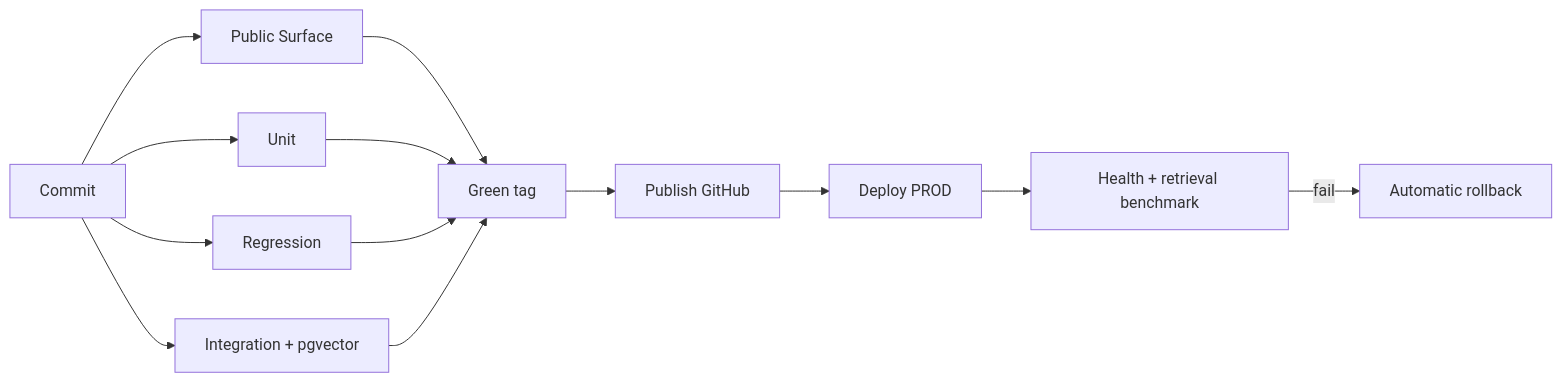
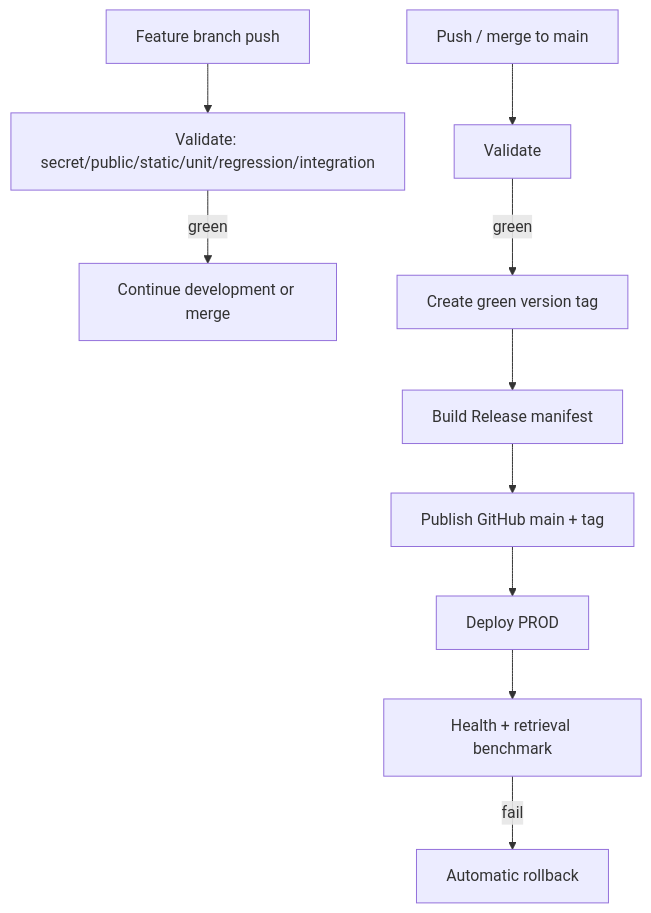
Before and after one commit to apinheiro99/rag-mcp: the third of 3 diagrams in README.md, drawn with Mermaid. The commit also changed other lines of this file and 2 other files, not shown here.

Commit message:
docs: align architecture and MCP access runbook

````diff
--- a/README.md
+++ b/README.md
@@ -224,15 +277,13 @@
 ```mermaid
-flowchart LR
-    C[Commit] --> P[Public Surface]
-    C --> U[Unit]
-    C --> R[Regression]
-    C --> I[Integration + pgvector]
-    P --> T[Green tag]
-    U --> T
-    R --> T
-    I --> T
-    T --> G[Publish GitHub]
+flowchart TD
+    B[Feature branch push] --> V[Validate: secret/public/static/unit/regression/integration]
+    V -->|green| W[Continue development or merge]
+
+    M[Push / merge to main] --> MV[Validate]
+    MV -->|green| T[Create green version tag]
+    T --> R[Build Release manifest]
+    R --> G[Publish GitHub main + tag]
     G --> D[Deploy PROD]
     D --> H[Health + retrieval benchmark]
-    H -->|fail| B[Automatic rollback]
+    H -->|fail| RB[Automatic rollback]
 ```
````
